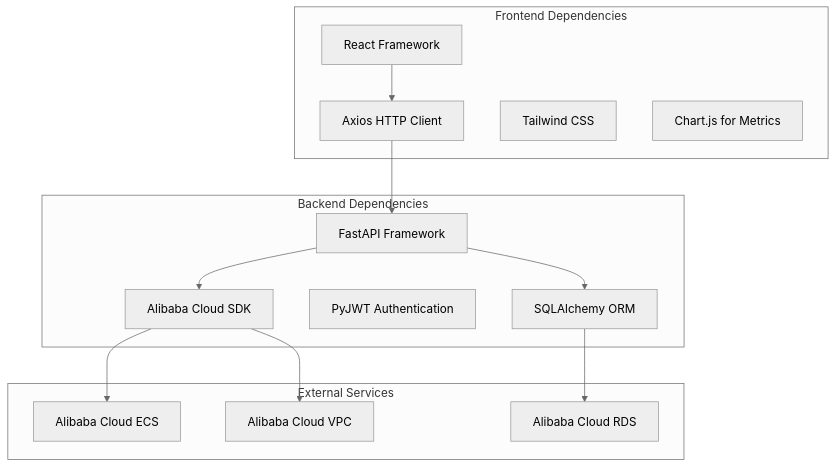
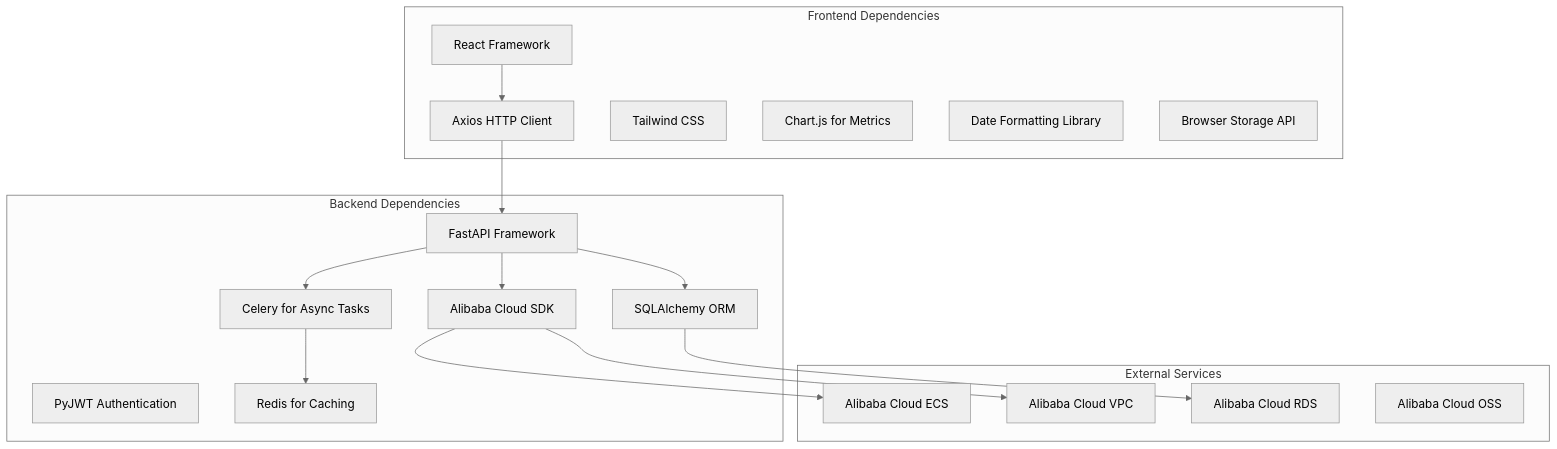
One commit to 14Lucifer/hackathon_ecs_creator changed the sixth of 6 diagrams in .qoder/repowiki/en/content/Frontend Development/Page Components & Routing/Active Resource Monitoring.md. Above: the diagram before and after it, drawn with Mermaid (neutral theme). The commit also changed other lines of this file and 120 other files, not shown here.

````diff
--- a/.qoder/repowiki/en/content/Frontend Development/Page Components & Routing/Active Resource Monitoring.md
+++ b/.qoder/repowiki/en/content/Frontend Development/Page Components & Routing/Active Resource Monitoring.md
@@ -292,27 +412,34 @@
 ```mermaid
 graph TB
 subgraph "Frontend Dependencies"
 React[React Framework]
 Axios[Axios HTTP Client]
 Tailwind[Tailwind CSS]
 ChartJS[Chart.js for Metrics]
+DateFns[Date Formatting Library]
+LocalStorage[Browser Storage API]
 end
 subgraph "Backend Dependencies"
 FastAPI[FastAPI Framework]
 SQLAlchemy[SQLAlchemy ORM]
 PyJWT[PyJWT Authentication]
 AliyunSDK[Alibaba Cloud SDK]
+Celery[Celery for Async Tasks]
+Redis[Redis for Caching]
 end
 subgraph "External Services"
 ECS[Alibaba Cloud ECS]
 VPC[Alibaba Cloud VPC]
 RDS[Alibaba Cloud RDS]
+S3[Alibaba Cloud OSS]
 end
 React --> Axios
 Axios --> FastAPI
 FastAPI --> SQLAlchemy
 FastAPI --> AliyunSDK
+FastAPI --> Celery
+Celery --> Redis
 AliyunSDK --> ECS
 AliyunSDK --> VPC
 SQLAlchemy --> RDS
 ```
````
